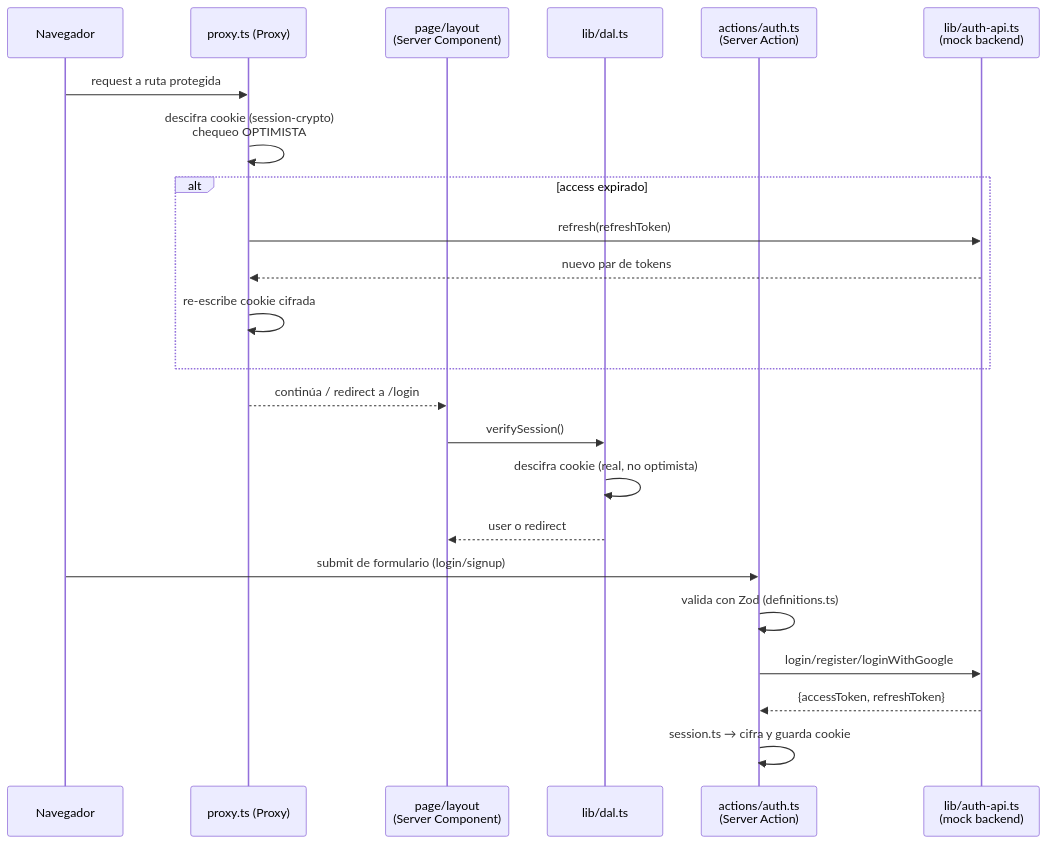
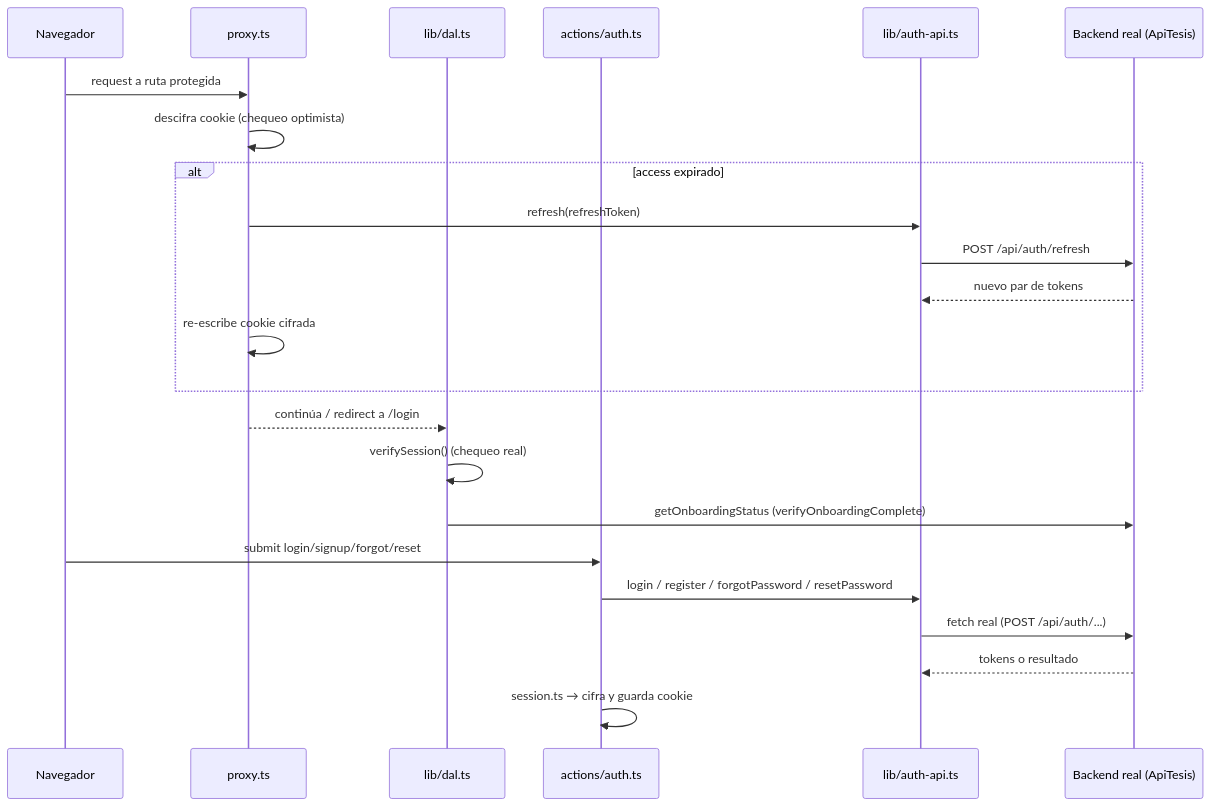
Before and after one commit to ajmaquilon97/app-admin-react-next: the second of 2 diagrams in docs/architecture.md, drawn with Mermaid. The commit also changed other lines of this file and 3 other files, not shown here.

````diff
--- a/docs/architecture.md
+++ b/docs/architecture.md
@@ -180,28 +253,28 @@
 ```mermaid
 sequenceDiagram
     participant B as Navegador
-    participant P as proxy.ts (Proxy)
-    participant SC as page/layout<br/>(Server Component)
+    participant P as proxy.ts
     participant DAL as lib/dal.ts
-    participant SA as actions/auth.ts<br/>(Server Action)
-    participant API as lib/auth-api.ts<br/>(mock backend)
+    participant SA as actions/auth.ts
+    participant API as lib/auth-api.ts
+    participant BE as Backend real (ApiTesis)
 
     B->>P: request a ruta protegida
-    P->>P: descifra cookie (session-crypto)<br/>chequeo OPTIMISTA
+    P->>P: descifra cookie (chequeo optimista)
     alt access expirado
         P->>API: refresh(refreshToken)
-        API-->>P: nuevo par de tokens
+        API->>BE: POST /api/auth/refresh
+        BE-->>API: nuevo par de tokens
         P->>P: re-escribe cookie cifrada
     end
-    P-->>SC: continúa / redirect a /login
+    P-->>DAL: continúa / redirect a /login
 
-    SC->>DAL: verifySession()
-    DAL->>DAL: descifra cookie (real, no optimista)
-    DAL-->>SC: user o redirect
+    DAL->>DAL: verifySession() (chequeo real)
+    DAL->>BE: getOnboardingStatus (verifyOnboardingComplete)
 
-    B->>SA: submit de formulario (login/signup)
-    SA->>SA: valida con Zod (definitions.ts)
-    SA->>API: login/register/loginWithGoogle
-    API-->>SA: {accessToken, refreshToken}
+    B->>SA: submit login/signup/forgot/reset
+    SA->>API: login / register / forgotPassword / resetPassword
+    API->>BE: fetch real (POST /api/auth/...)
+    BE-->>API: tokens o resultado
     SA->>SA: session.ts → cifra y guarda cookie
 ```
````
